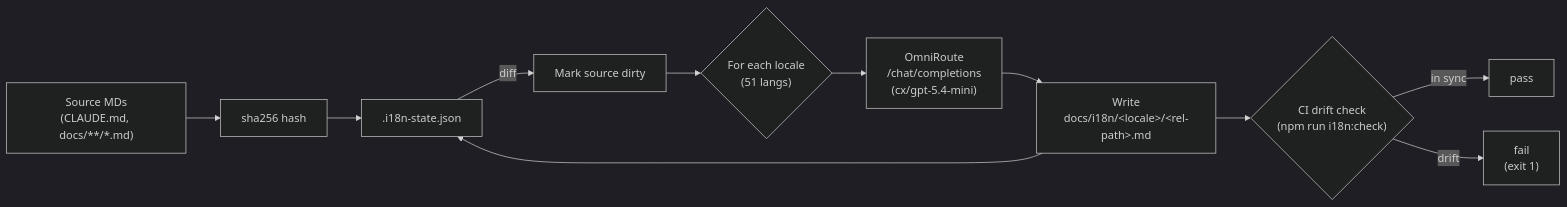
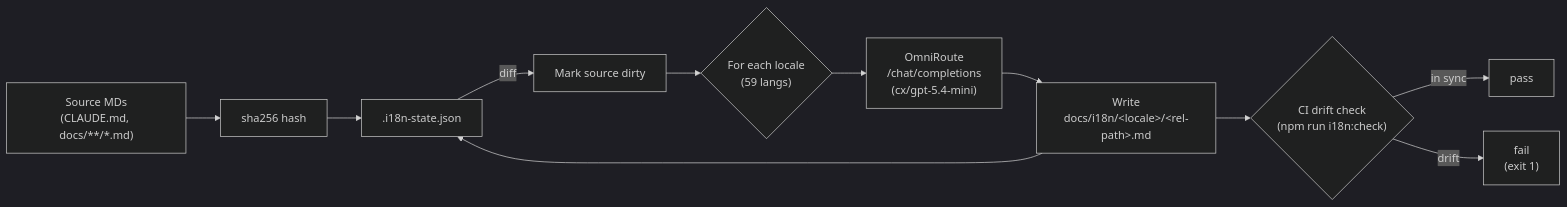
Before and after one commit to niyatna/NiyatnaRoute: the diagram in docs/diagrams/i18n-flow.mmd, drawn with Mermaid (dark theme). The commit also changed 1403 other files, not shown here.

```diff
--- a/docs/diagrams/i18n-flow.mmd
+++ b/docs/diagrams/i18n-flow.mmd
@@ -1,14 +1,14 @@
 %% Incremental hash-based i18n pipeline
 %% Reflects: scripts/i18n/* and docs/i18n/<locale>/*.md mirror layout
 %% v3.8.0
 flowchart LR
   Src["Source MDs<br/>(CLAUDE.md, docs/**/*.md)"] --> Hash["sha256 hash"]
   Hash --> State[".i18n-state.json"]
   State -->|diff| Dirty["Mark source dirty"]
-  Dirty --> Loop{"For each locale<br/>(51 langs)"}
+  Dirty --> Loop{"For each locale<br/>(59 langs)"}
   Loop --> LLM["OmniRoute<br/>/chat/completions<br/>(cx/gpt-5.4-mini)"]
   LLM --> Target["Write<br/>docs/i18n/&lt;locale&gt;/&lt;rel-path&gt;.md"]
   Target --> State
   Target --> CI{"CI drift check<br/>(npm run i18n:check)"}
   CI -->|in sync| Pass["pass"]
   CI -->|drift| Fail["fail<br/>(exit 1)"]
```
